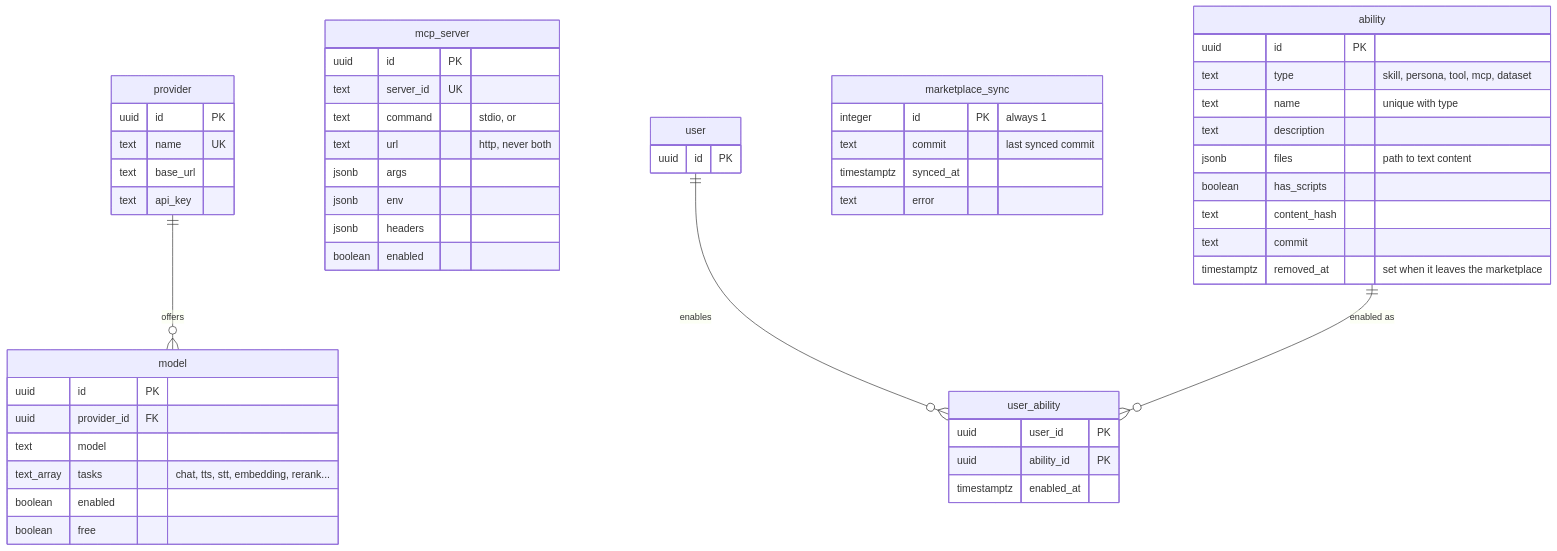
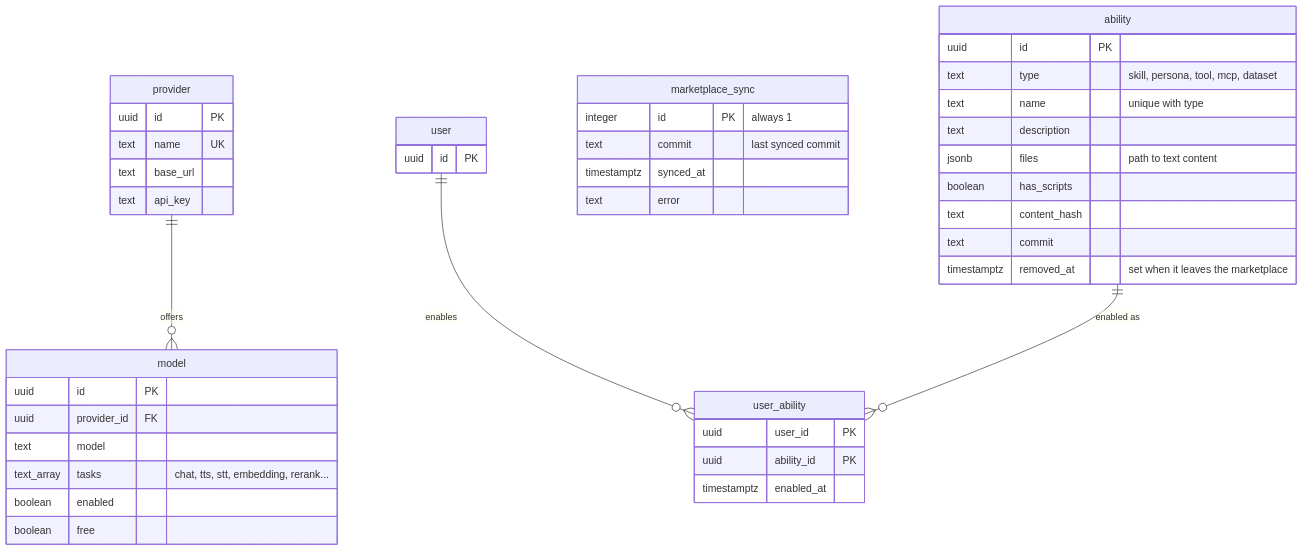
One commit to SubZtep/kaja changed the third of 4 diagrams in docs/development/database.md. Above: the diagram before and after it, drawn with Mermaid. The commit also changed other lines of this file and 36 other files, not shown here.

First line of the commit message:
refactor: remove the admin-managed MCP server list

````diff
--- a/docs/development/database.md
+++ b/docs/development/database.md
@@ -181,62 +181,51 @@
 ```mermaid
 erDiagram
   provider {
     uuid id PK
     text name UK
     text base_url
     text api_key
   }
 
   model {
     uuid id PK
     uuid provider_id FK
     text model
     text_array tasks "chat, tts, stt, embedding, rerank..."
     boolean enabled
     boolean free
-  }
-
-  mcp_server {
-    uuid id PK
-    text server_id UK
-    text command "stdio, or"
-    text url "http, never both"
-    jsonb args
-    jsonb env
-    jsonb headers
-    boolean enabled
   }
 
   ability {
     uuid id PK
     text type "skill, persona, tool, mcp, dataset"
     text name "unique with type"
     text description
     jsonb files "path to text content"
     boolean has_scripts
     text content_hash
     text commit
     timestamptz removed_at "set when it leaves the marketplace"
   }
 
   user_ability {
     uuid user_id PK
     uuid ability_id PK
     timestamptz enabled_at
   }
 
   marketplace_sync {
     integer id PK "always 1"
     text commit "last synced commit"
     timestamptz synced_at
     text error
   }
 
   user {
     uuid id PK
   }
 
   provider ||--o{ model : offers
   user ||--o{ user_ability : enables
   ability ||--o{ user_ability : "enabled as"
 ```
````
